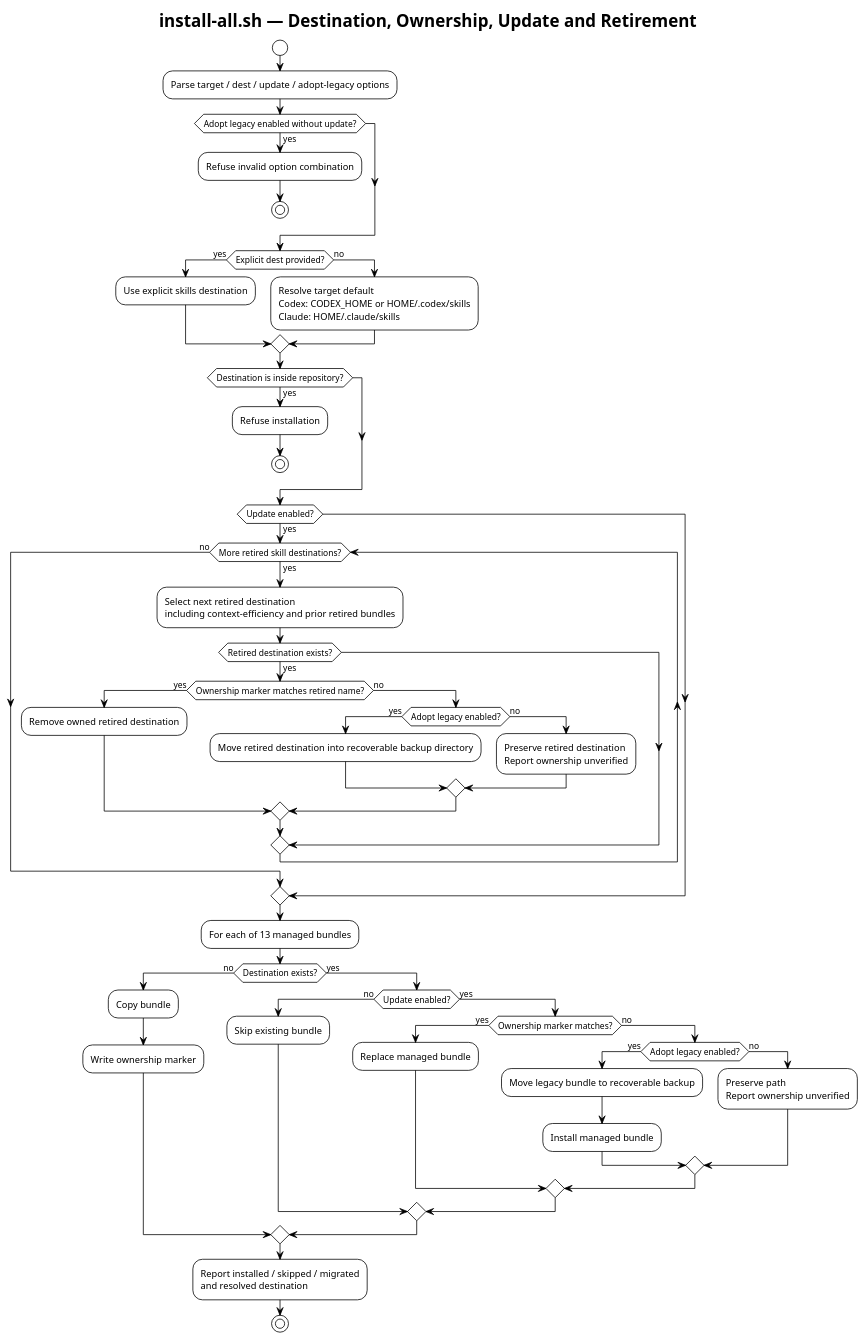
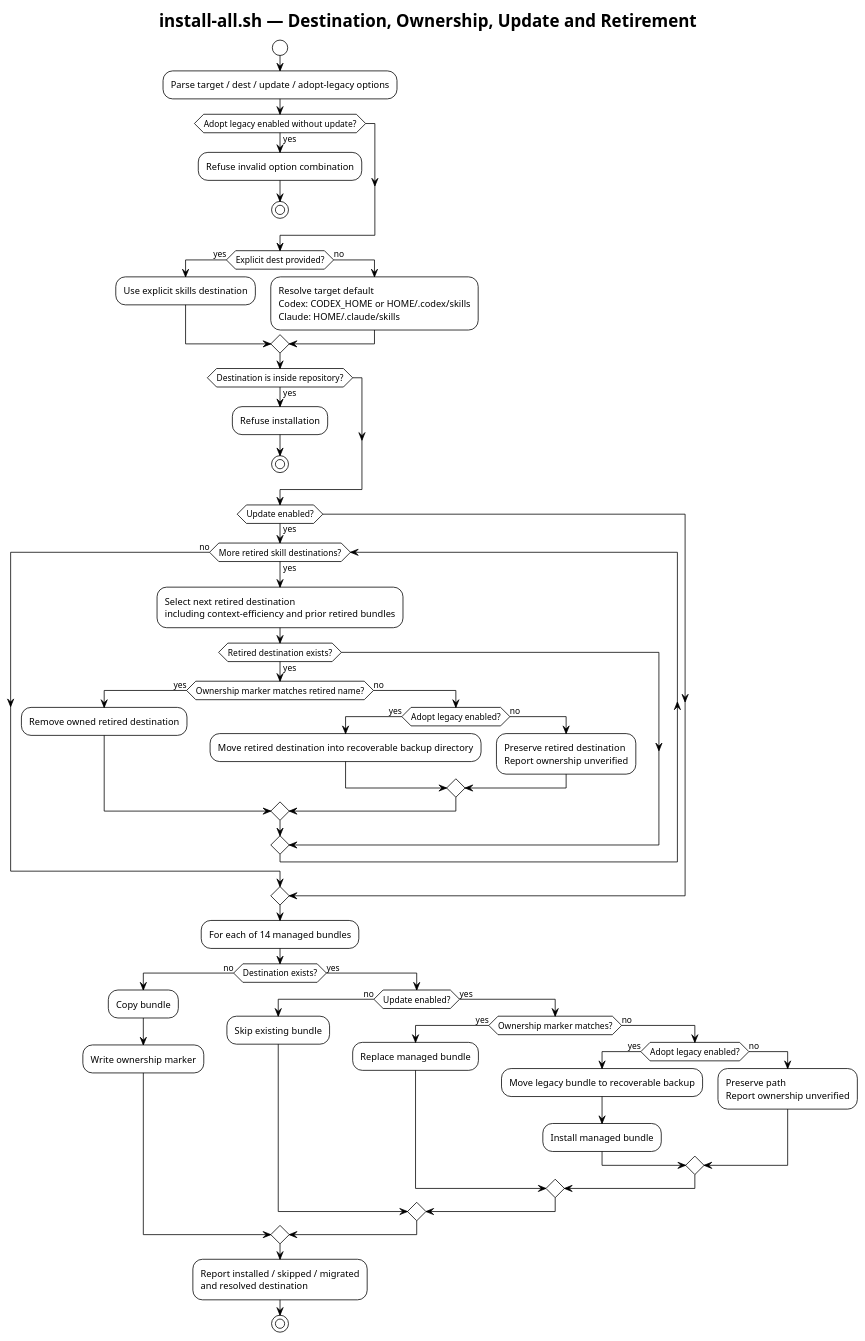
The diagram in docs/deployment/diagrams/installer-decision-flow.puml (i-zrhe2016/codex-development-workflow), drawn with PlantUML before and after one commit. The commit also changed 14 other files, not shown here.

```diff
--- a/docs/deployment/diagrams/installer-decision-flow.puml
+++ b/docs/deployment/diagrams/installer-decision-flow.puml
@@ -1,68 +1,68 @@
 @startuml
 !theme plain
 skinparam shadowing false
 skinparam defaultFontName Arial
 
 title install-all.sh — Destination, Ownership, Update and Retirement
 
 start
 :Parse target / dest / update / adopt-legacy options;
 
 if (Adopt legacy enabled without update?) then (yes)
   :Refuse invalid option combination;
   stop
 endif
 
 if (Explicit dest provided?) then (yes)
   :Use explicit skills destination;
 else (no)
   :Resolve target default\nCodex: CODEX_HOME or HOME/.codex/skills\nClaude: HOME/.claude/skills;
 endif
 
 if (Destination is inside repository?) then (yes)
   :Refuse installation;
   stop
 endif
 
 if (Update enabled?) then (yes)
   while (More retired skill destinations?) is (yes)
     :Select next retired destination\nincluding context-efficiency and prior retired bundles;
     if (Retired destination exists?) then (yes)
       if (Ownership marker matches retired name?) then (yes)
         :Remove owned retired destination;
       else (no)
         if (Adopt legacy enabled?) then (yes)
           :Move retired destination into recoverable backup directory;
         else (no)
           :Preserve retired destination\nReport ownership unverified;
         endif
       endif
     endif
   endwhile (no)
 endif
 
-:For each of 13 managed bundles;
+:For each of 14 managed bundles;
 
 if (Destination exists?) then (no)
   :Copy bundle;
   :Write ownership marker;
 else (yes)
   if (Update enabled?) then (no)
     :Skip existing bundle;
   else (yes)
     if (Ownership marker matches?) then (yes)
       :Replace managed bundle;
     else (no)
       if (Adopt legacy enabled?) then (yes)
         :Move legacy bundle to recoverable backup;
         :Install managed bundle;
       else (no)
         :Preserve path\nReport ownership unverified;
       endif
     endif
   endif
 endif
 
 :Report installed / skipped / migrated\nand resolved destination;
 stop
 @enduml
```
